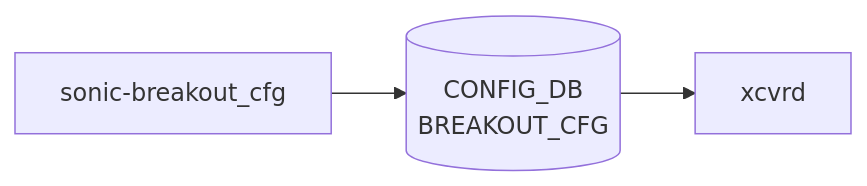
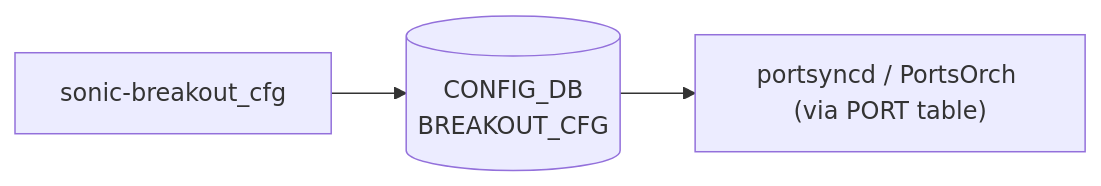
One commit to aoki-taquan/sonic-unofficial-docs changed the diagram in docs/reference/yang/sonic-breakout_cfg.md. Above: the diagram before and after it, drawn with Mermaid. The commit also changed other lines of this file and 19 other files, not shown here.

````diff
--- a/docs/reference/yang/sonic-breakout_cfg.md
+++ b/docs/reference/yang/sonic-breakout_cfg.md
@@ -33,8 +33,8 @@
 ```mermaid
 flowchart LR
   Y["sonic-breakout_cfg"]
   C1[("CONFIG_DB<br/>BREAKOUT_CFG")]
   Y --> C1
-  D1["xcvrd"]
+  D1["portsyncd / PortsOrch (via PORT table)"]
   C1 --> D1
 ```
````
